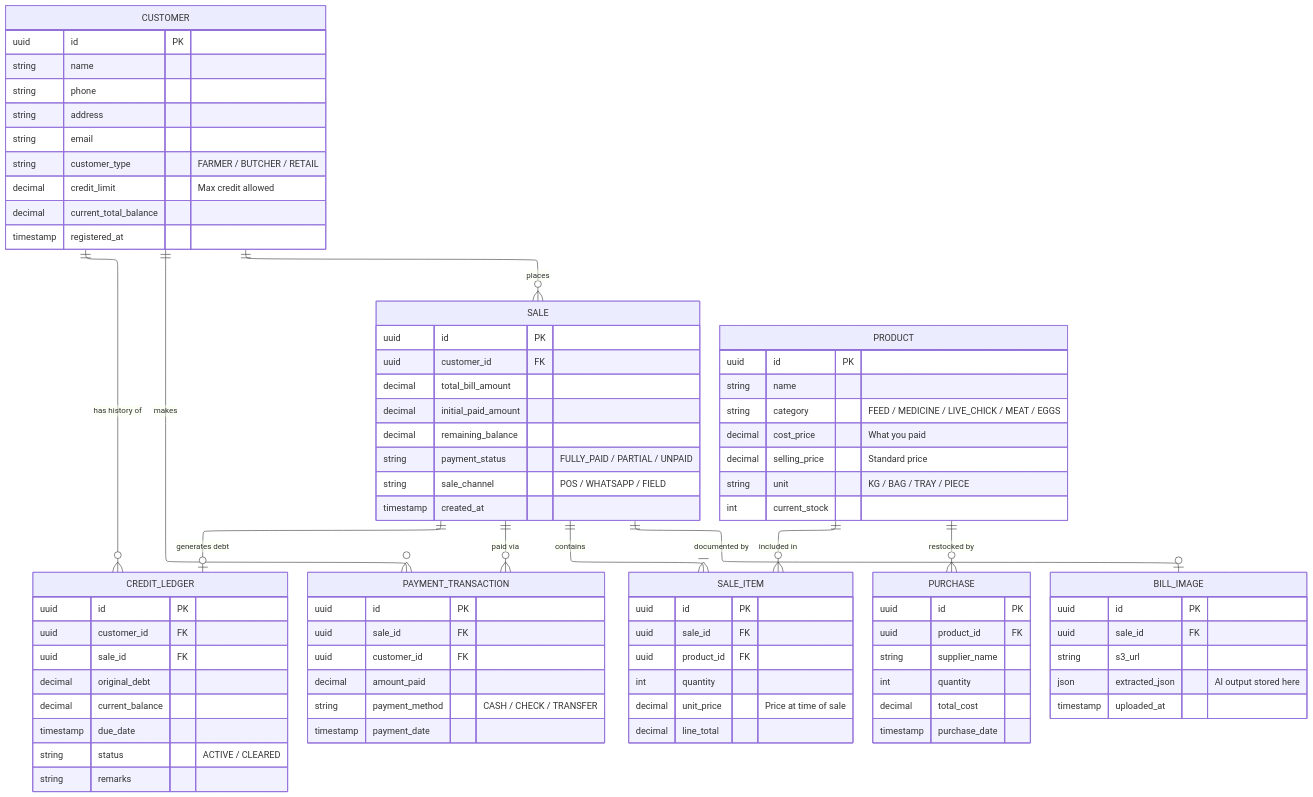
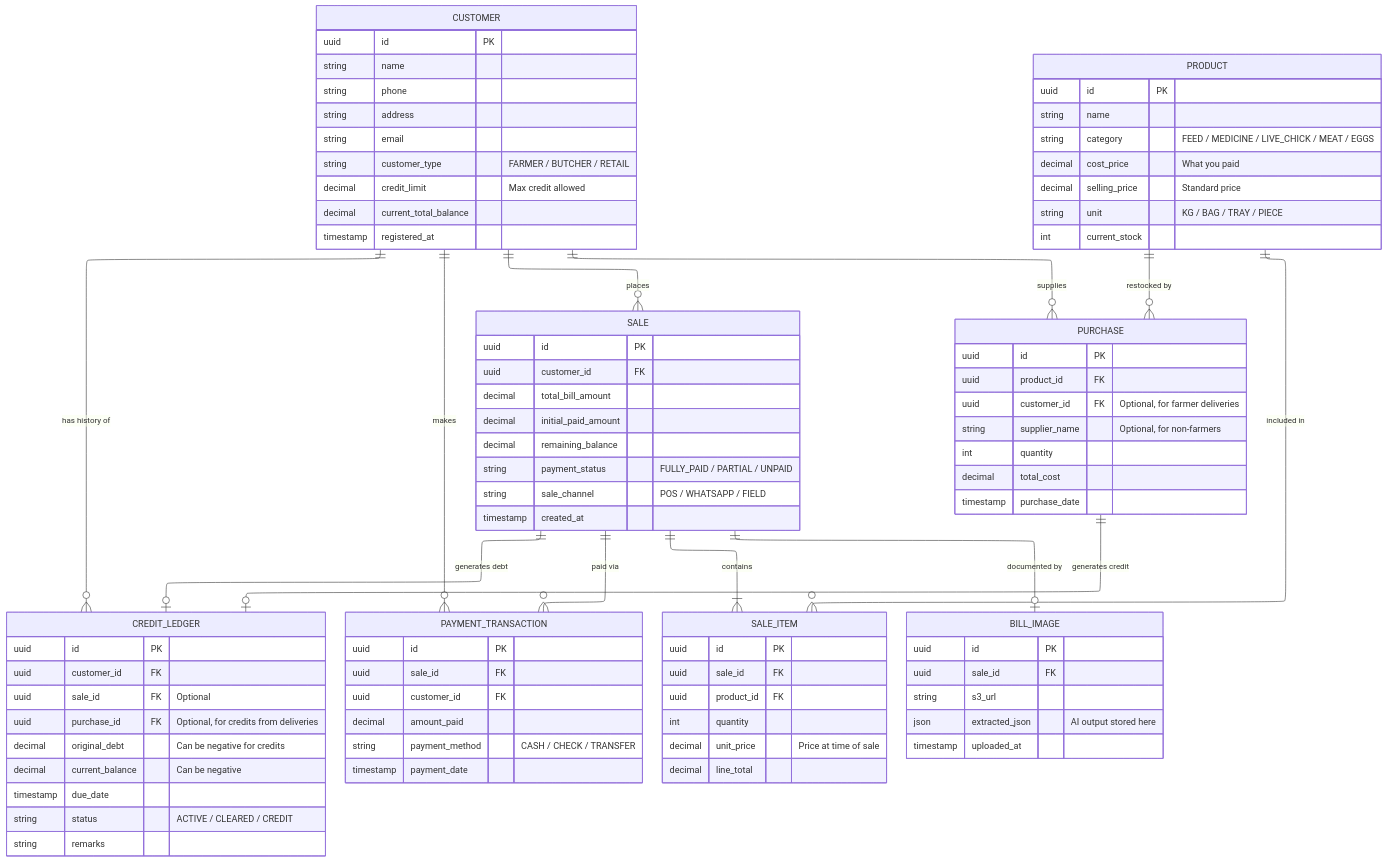
One commit to nandalalsun/SmartFarm-AI changed the first of 3 diagrams in README.md. Above: the diagram before and after it, drawn with Mermaid.

Commit message:
docs: update data model to include purchase-related credit, customer, and supplier relationships.

```diff
--- a/README.md
+++ b/README.md
@@ -32,15 +32,18 @@
     CUSTOMER ||--o{ SALE : "places"
     CUSTOMER ||--o{ CREDIT_LEDGER : "has history of"
     CUSTOMER ||--o{ PAYMENT_TRANSACTION : "makes"
-    
+    CUSTOMER ||--o{ PURCHASE : "supplies"
+
     PRODUCT ||--o{ SALE_ITEM : "included in"
     PRODUCT ||--o{ PURCHASE : "restocked by"
-    
+
     SALE ||--|{ SALE_ITEM : "contains"
     SALE ||--o{ PAYMENT_TRANSACTION : "paid via"
     SALE ||--o| CREDIT_LEDGER : "generates debt"
     SALE ||--o| BILL_IMAGE : "documented by"
-    
+
+    PURCHASE ||--o| CREDIT_LEDGER : "generates credit"
+
     CUSTOMER {
         uuid id PK
         string name
@@ -95,18 +98,20 @@
     CREDIT_LEDGER {
         uuid id PK
         uuid customer_id FK
-        uuid sale_id FK
-        decimal original_debt
-        decimal current_balance
+        uuid sale_id FK "Optional"
+        uuid purchase_id FK "Optional, for credits from deliveries"
+        decimal original_debt "Can be negative for credits"
+        decimal current_balance "Can be negative"
         timestamp due_date
-        string status "ACTIVE / CLEARED"
+        string status "ACTIVE / CLEARED / CREDIT"
         string remarks
     }
 
     PURCHASE {
         uuid id PK
         uuid product_id FK
-        string supplier_name
+        uuid customer_id FK "Optional, for farmer deliveries"
+        string supplier_name "Optional, for non-farmers"
         int quantity
         decimal total_cost
         timestamp purchase_date
```
